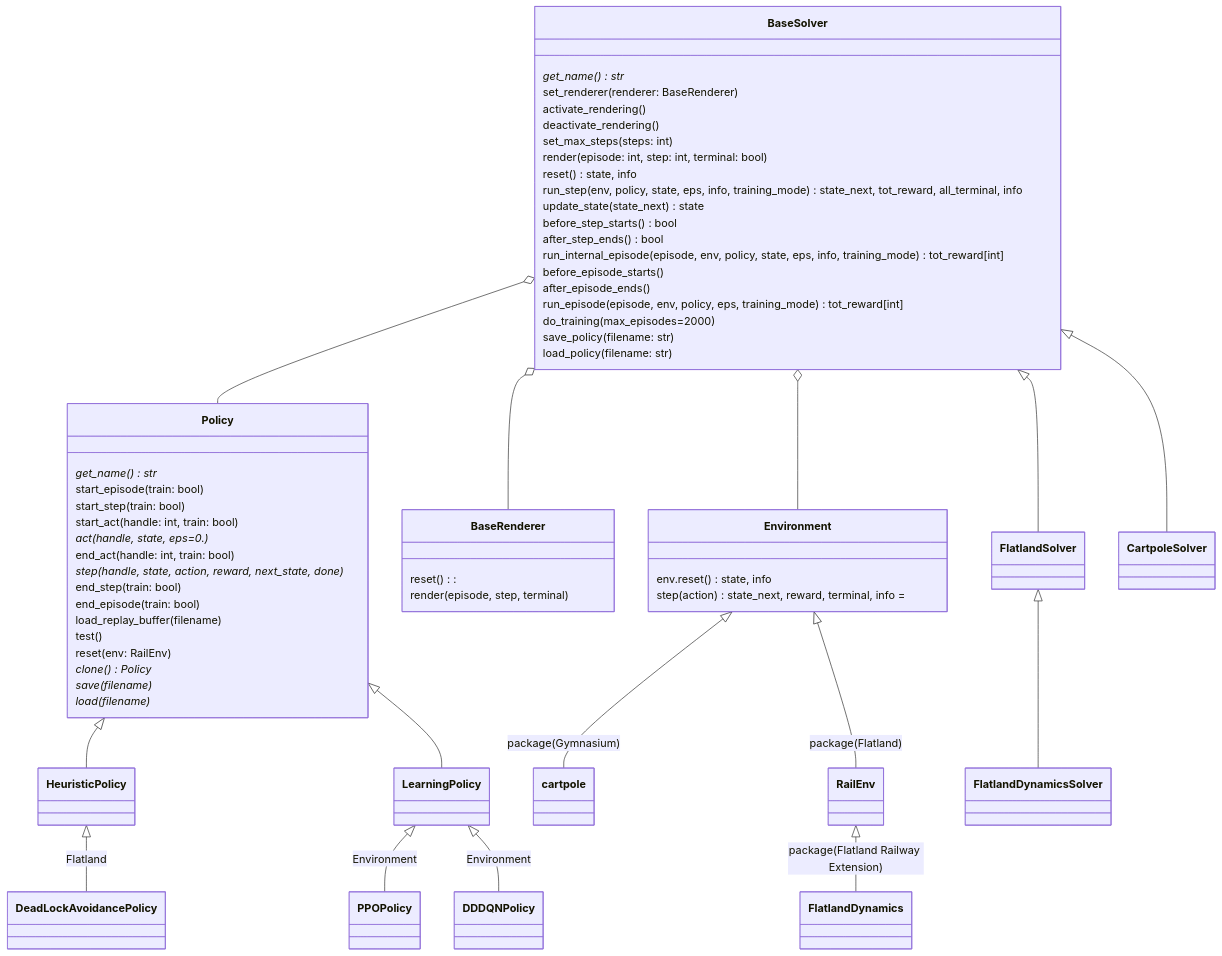
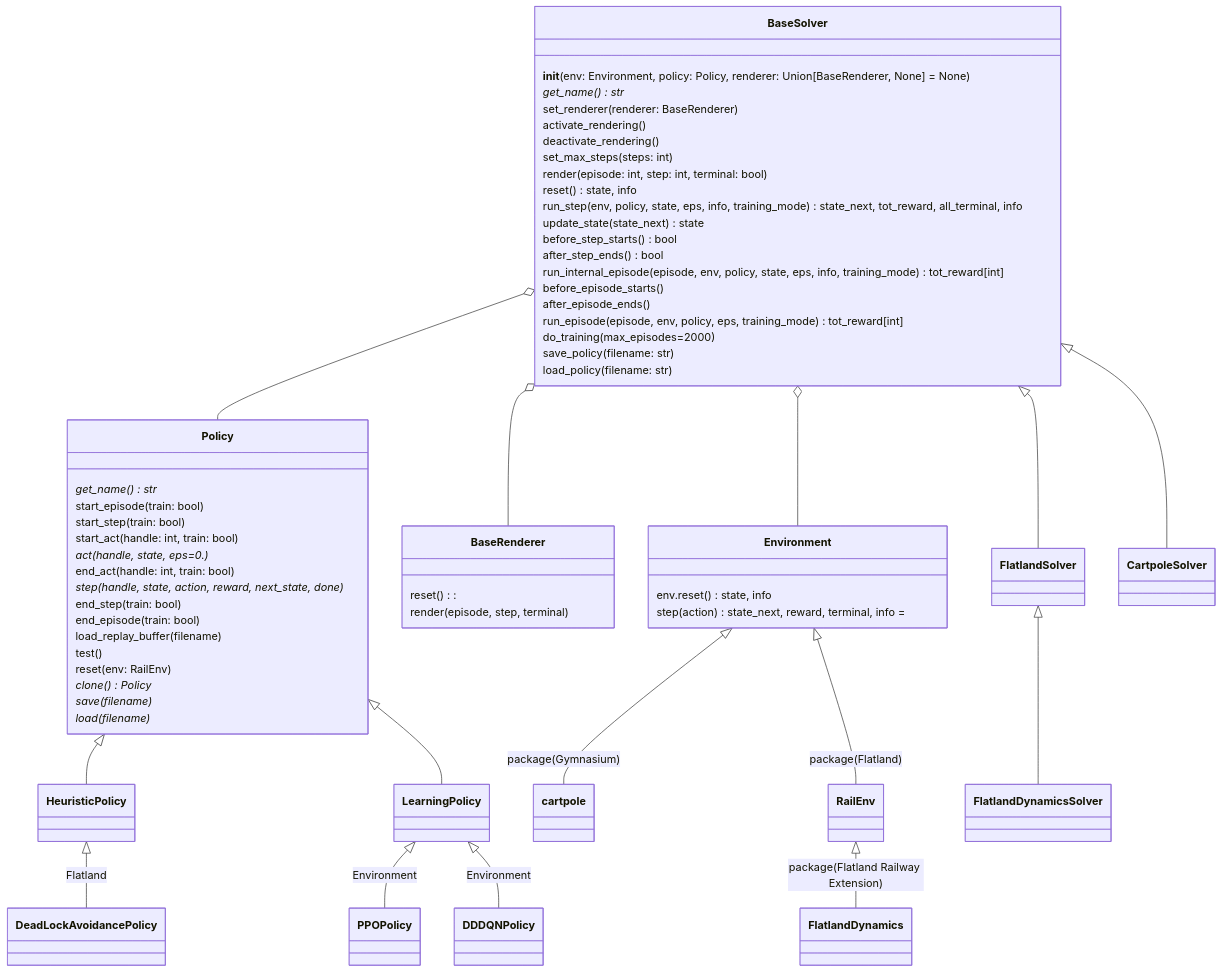
One commit to aiAdrian/flatland_solver_policy changed the second of 3 diagrams in README.md. Above: the diagram before and after it, drawn with Mermaid. The commit also changed 1 other file, not shown here.

````diff
--- a/README.md
+++ b/README.md
@@ -33,73 +33,74 @@
 ```mermaid
 classDiagram
        
     BaseSolver o-- Policy
     BaseSolver o-- BaseRenderer
     BaseSolver o-- Environment
 
     Environment <|-- cartpole : package(Gymnasium)
     Environment <|-- RailEnv : package(Flatland)
     RailEnv <|-- FlatlandDynamics : package(Flatland Railway Extension)
     
     BaseSolver <|-- FlatlandSolver
     BaseSolver <|-- CartpoleSolver
     FlatlandSolver <|-- FlatlandDynamicsSolver
     
     Policy  <|-- HeuristicPolicy
 
     HeuristicPolicy  <|-- DeadLockAvoidancePolicy : Flatland
 
     Policy  <|-- LearningPolicy
 
     LearningPolicy <|-- PPOPolicy : Environment
     LearningPolicy <|-- DDDQNPolicy : Environment
 
     class Environment {
         env.reset() state, info
         step(action) state_next, reward, terminal, info = 
     }
 
     class Policy{
       get_name()* str
       start_episode(train: bool)
       start_step(train: bool)
       start_act(handle: int, train: bool)
       act(handle, state, eps=0.)*
       end_act(handle: int, train: bool)
       step(handle, state, action, reward, next_state, done)*
       end_step(train: bool)
       end_episode(train: bool)
       load_replay_buffer(filename)
       test()
       reset(env: RailEnv)
       clone()* Policy
       save(filename)*
       load(filename)* 
     }
 
     class BaseRenderer {
         reset():
         render(episode, step, terminal)
     }
 
     class BaseSolver {
+        __init__(env: Environment, policy: Policy, renderer: Union[BaseRenderer, None] = None)
         get_name()* str
         set_renderer(renderer: BaseRenderer)
         activate_rendering()
         deactivate_rendering()
         set_max_steps(steps: int)
         render(episode: int, step: int, terminal: bool)
         reset() state, info
         run_step(env, policy, state, eps, info, training_mode) state_next, tot_reward, all_terminal, info
         update_state(state_next) state
         before_step_starts() bool
         after_step_ends() bool
         run_internal_episode( episode, env, policy, state, eps, info, training_mode) tot_reward[int]
         before_episode_starts()
         after_episode_ends()
         run_episode(episode, env, policy, eps, training_mode) tot_reward[int]
         do_training(max_episodes=2000)
         save_policy(filename: str)
         load_policy(filename: str)
     }
 ``` 
````
